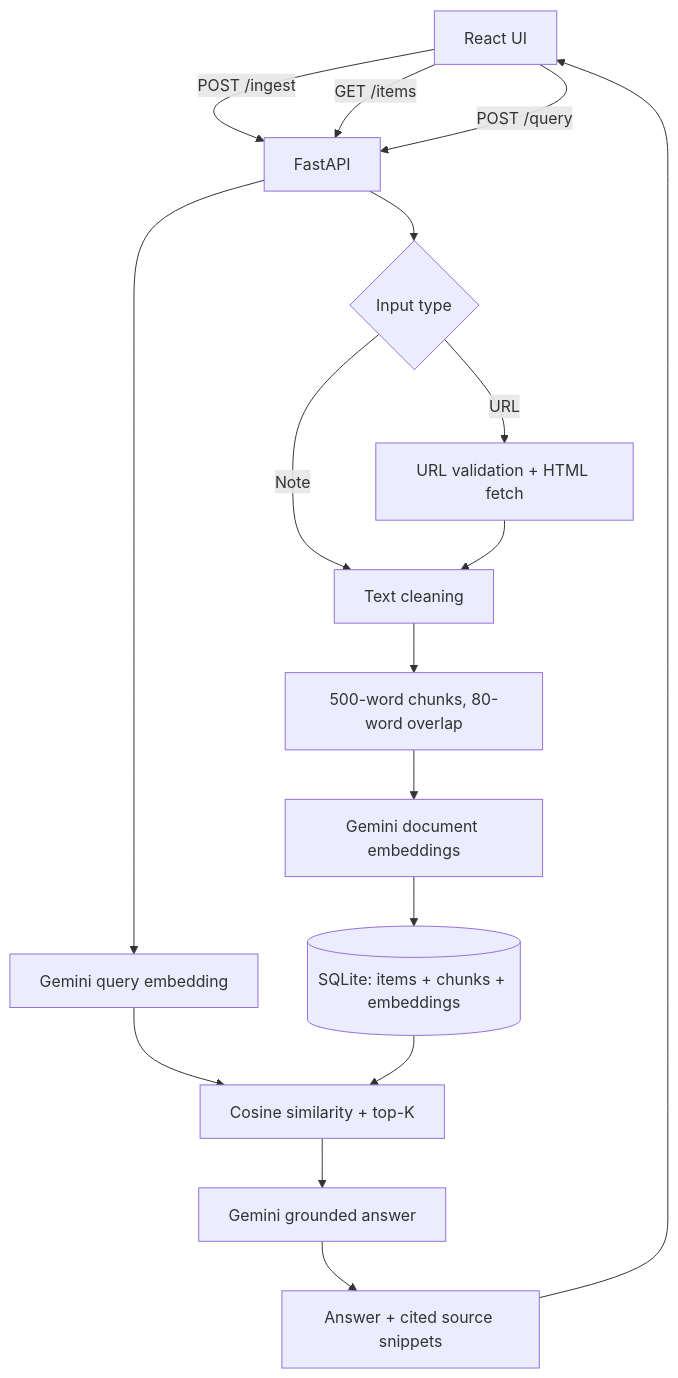
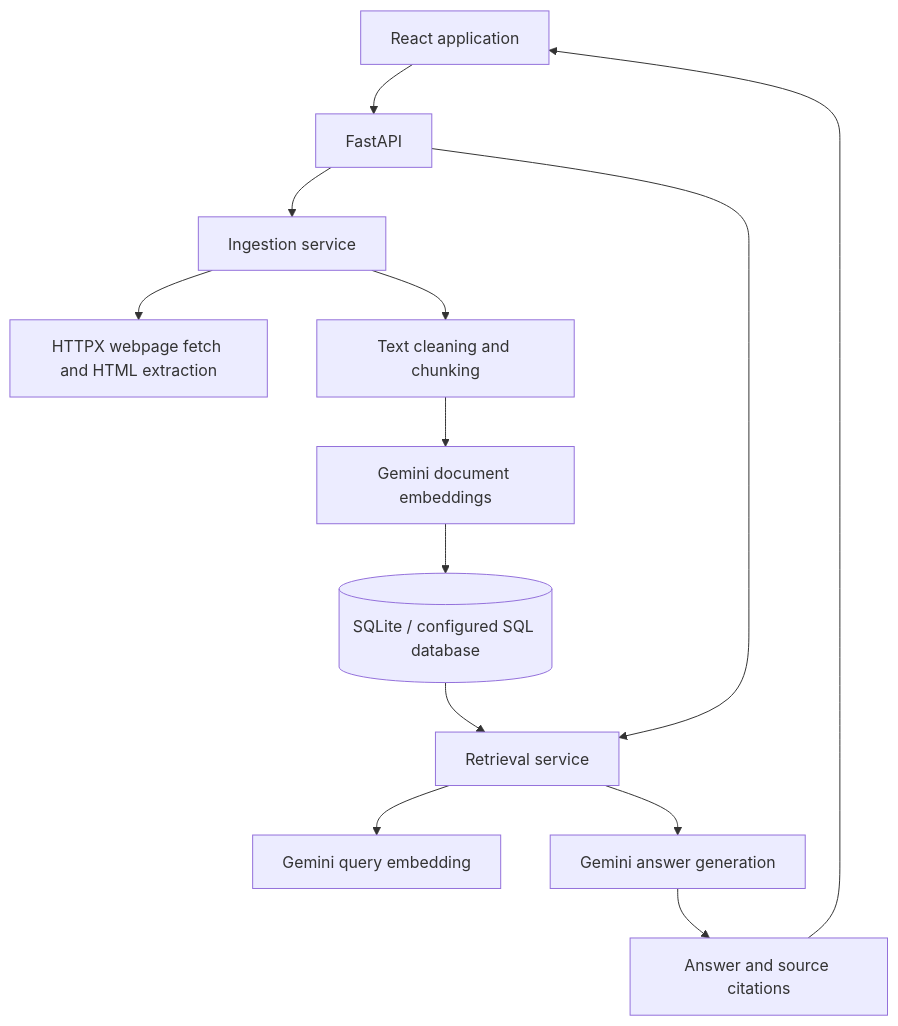
Before and after one commit to Gopika34/AI-Knowledge-Inbox: the diagram in README.md, drawn with Mermaid. The commit also changed other lines of this file and 4 other files, not shown here.

Commit message:
docs: add comprehensive API, architecture, operations, and security documentation

````diff
--- a/README.md
+++ b/README.md
@@ -67,19 +130,15 @@
 ```mermaid
 flowchart TD
-  A[React UI] -->|POST /ingest| B[FastAPI]
-  A -->|GET /items| B
-  A -->|POST /query| B
-  B --> C{Input type}
-  C -->|Note| D[Text cleaning]
-  C -->|URL| E[URL validation + HTML fetch]
-  E --> D
-  D --> F[500-word chunks, 80-word overlap]
-  F --> G[Gemini document embeddings]
-  G --> H[(SQLite: items + chunks + embeddings)]
-  B --> I[Gemini query embedding]
-  I --> J[Cosine similarity + top-K]
-  H --> J
-  J --> K[Gemini grounded answer]
-  K --> L[Answer + cited source snippets]
-  L --> A
+    UI[React application] --> API[FastAPI]
+    API --> ING[Ingestion service]
+    ING --> WEB[HTTPX webpage fetch and HTML extraction]
+    ING --> CHUNK[Text cleaning and chunking]
+    CHUNK --> EMB[Gemini document embeddings]
+    EMB --> DB[(SQLite / configured SQL database)]
+    API --> RET[Retrieval service]
+    RET --> QEMB[Gemini query embedding]
+    DB --> RET
+    RET --> GEN[Gemini answer generation]
+    GEN --> OUT[Answer and source citations]
+    OUT --> UI
 ```
````
